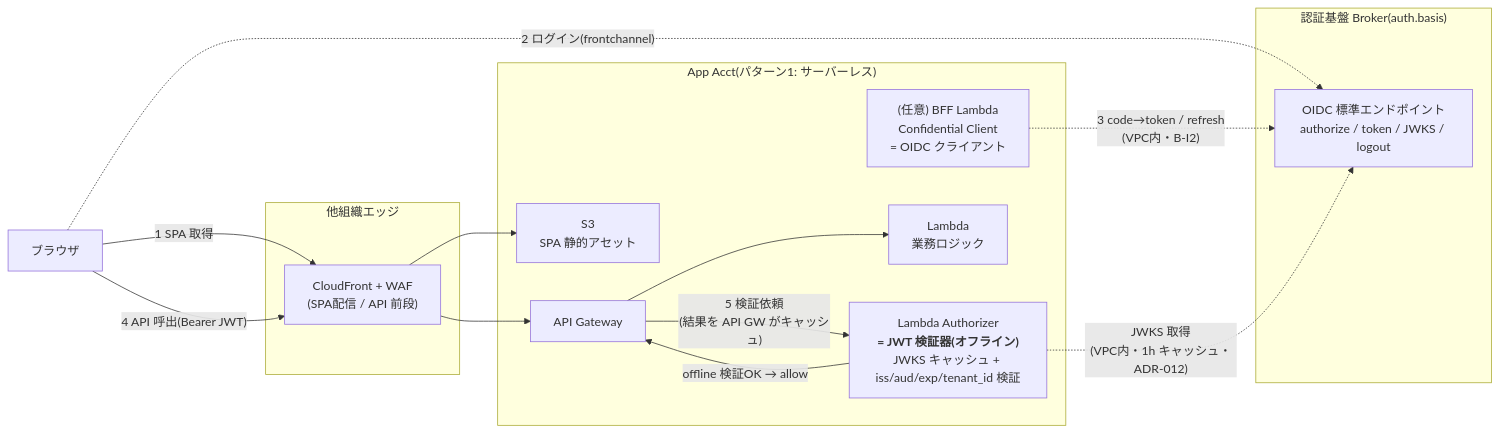
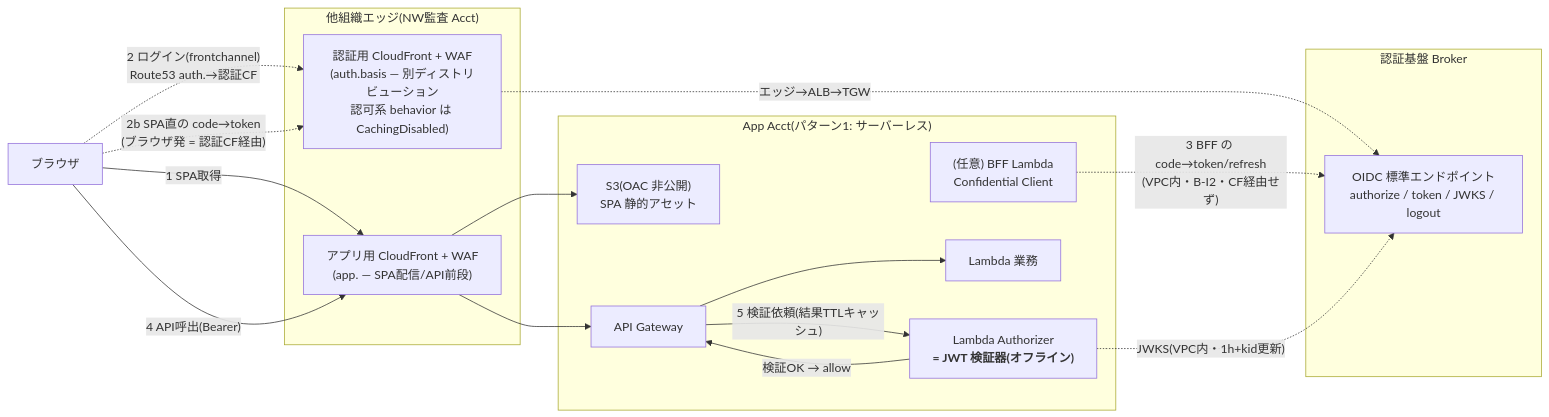
One commit to suepie/aws-atuh-poc changed the second of 7 diagrams in doc/basic-design/06a-network-flow-diagrams.md. Above: the diagram before and after it, drawn with Mermaid. The commit also changed other lines of this file and 4 other files, not shown here.

````diff
--- a/doc/basic-design/06a-network-flow-diagrams.md
+++ b/doc/basic-design/06a-network-flow-diagrams.md
@@ -145,24 +145,26 @@
 ```mermaid
 flowchart LR
   U["ブラウザ"]
-  subgraph EDGE["他組織エッジ"]
-    CFA["CloudFront + WAF<br/>(SPA配信 / API 前段)"]
+  subgraph EDGE["他組織エッジ(NW監査 Acct)"]
+    CFA["アプリ用 CloudFront + WAF<br/>(app. — SPA配信/API前段)"]
+    ACF["認証用 CloudFront + WAF<br/>(auth.basis — 別ディストリビューション<br/>認可系 behavior は CachingDisabled)"]
   end
-  subgraph AUTH["認証基盤 Broker(auth.basis)"]
+  subgraph AUTH["認証基盤 Broker"]
     AZ["OIDC 標準エンドポイント<br/>authorize / token / JWKS / logout"]
   end
   subgraph APP["App Acct(パターン1: サーバーレス)"]
-    S3["S3<br/>SPA 静的アセット"]
+    S3["S3(OAC 非公開)<br/>SPA 静的アセット"]
     APIGW["API Gateway"]
-    LAUTH["Lambda Authorizer<br/><b>= JWT 検証器(オフライン)</b><br/>JWKS キャッシュ + iss/aud/exp/tenant_id 検証"]
-    LBIZ["Lambda<br/>業務ロジック"]
-    BFF["(任意) BFF Lambda<br/>Confidential Client<br/>= OIDC クライアント"]
+    LAUTH["Lambda Authorizer<br/><b>= JWT 検証器(オフライン)</b>"]
+    LBIZ["Lambda 業務"]
+    BFF["(任意) BFF Lambda<br/>Confidential Client"]
   end
-  U -->|"1 SPA 取得"| CFA --> S3
-  U -.->|"2 ログイン(frontchannel)"| AZ
-  BFF -.->|"3 code→token / refresh<br/>(VPC内・B-I2)"| AZ
-  U -->|"4 API 呼出(Bearer JWT)"| CFA --> APIGW
-  APIGW -->|"5 検証依頼<br/>(結果を API GW がキャッシュ)"| LAUTH
-  LAUTH -.->|"JWKS 取得<br/>(VPC内・1h キャッシュ・ADR-012)"| AZ
-  LAUTH -->|"offline 検証OK → allow"| APIGW --> LBIZ
+  U -->|"1 SPA取得"| CFA --> S3
+  U -.->|"2 ログイン(frontchannel)<br/>Route53 auth.→認証CF"| ACF -.->|"エッジ→ALB→TGW"| AZ
+  U -.->|"2b SPA直の code→token<br/>(ブラウザ発 = 認証CF経由)"| ACF
+  BFF -.->|"3 BFF の code→token/refresh<br/>(VPC内・B-I2・CF経由せず)"| AZ
+  U -->|"4 API呼出(Bearer)"| CFA --> APIGW
+  APIGW -->|"5 検証依頼(結果TTLキャッシュ)"| LAUTH
+  LAUTH -.->|"JWKS(VPC内・1h+kid更新)"| AZ
+  LAUTH -->|"検証OK → allow"| APIGW --> LBIZ
 ```
````
